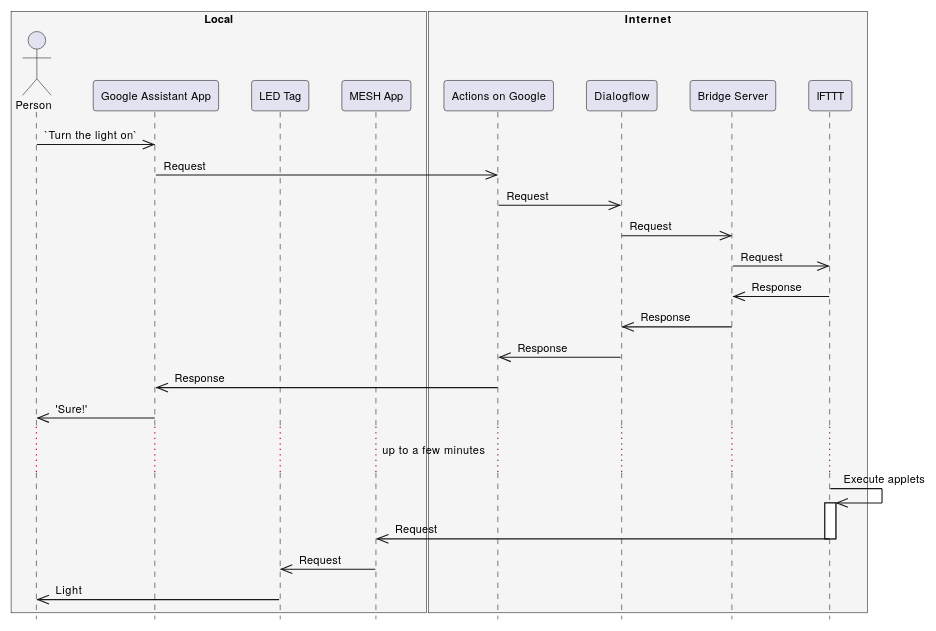
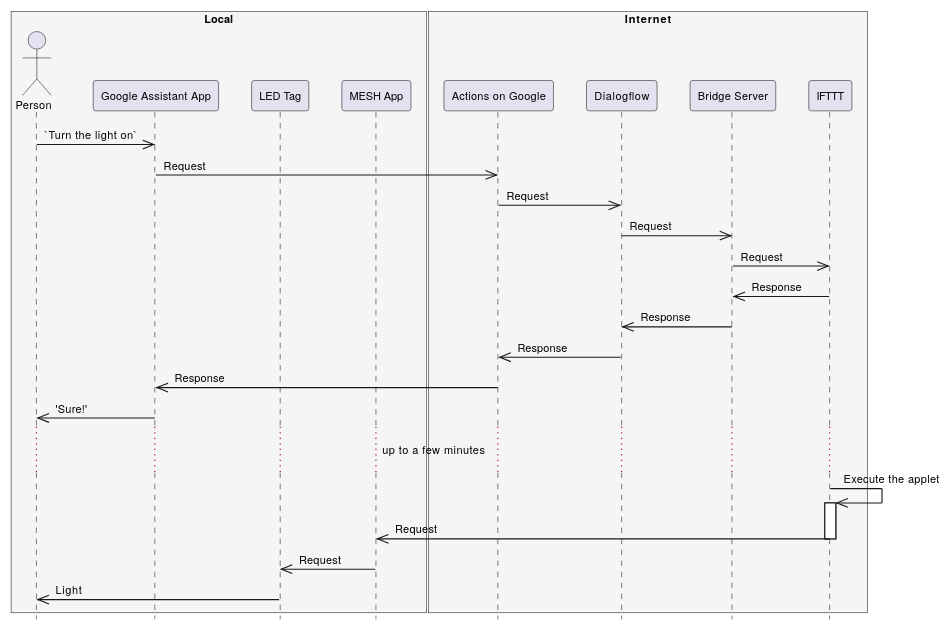
Before and after one commit to kotobuki/Hardware-Sketching-Workshop-in-Taipei: the fourth of 4 diagrams in dialogflow.md, drawn with PlantUML. The commit also changed other lines of this file and 8 other files, not shown here.

````diff
--- a/dialogflow.md
+++ b/dialogflow.md
@@ -256,41 +280,41 @@
 ```plantuml
 @startuml
 hide footbox
 skinparam defaultFontName Helvetica Neue
 skinparam DefaultFontSize 10
 skinparam Shadowing false
 skinparam ParticipantPadding 10
 
 box "Local" #WhiteSmoke
 actor Person
 participant "Google Assistant App" as App
 participant "LED Tag" as LedTag
 participant "MESH App" as MeshApp
 end box
 
 box "Internet" #WhiteSmoke
 participant "Actions on Google" as AoG
 participant "Dialogflow" as Dialogflow
 participant "Bridge Server" as Bridge
 participant "IFTTT" as IFTTT
 end box
 
 Person ->> App : `Turn the light on`
 App ->> AoG : Request
 AoG ->> Dialogflow : Request
 Dialogflow ->> Bridge : Request
 Bridge ->> IFTTT : Request
 IFTTT ->> Bridge : Response
 Bridge ->> Dialogflow : Response
 Dialogflow ->> AoG : Response
 AoG ->> App : Response
 App ->> Person : 'Sure!'
 ... up to a few minutes ...
-IFTTT ->> IFTTT : Execute applets
+IFTTT ->> IFTTT : Execute the applet
 activate IFTTT
 IFTTT ->> MeshApp : Request
 deactivate IFTTT
 MeshApp ->> LedTag: Request
 LedTag ->> Person: Light
 @enduml
 ```
````
